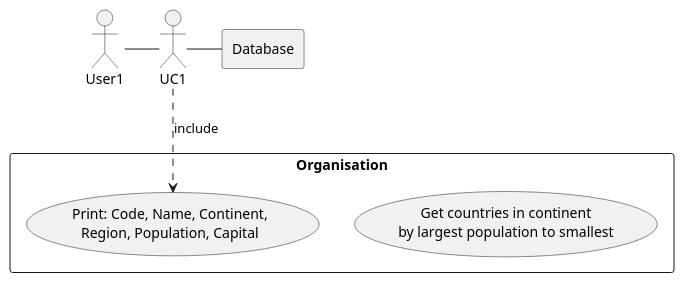
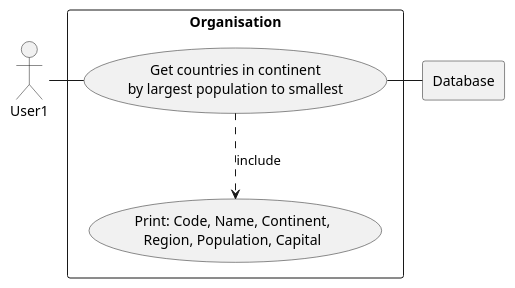
One commit to scan-lan/Group-Project changed the diagram in use-cases/use-case-1.2.puml. Above: the diagram before and after it, drawn with PlantUML. The commit also changed 1 other file, not shown here.

```diff
--- a/use-cases/use-case-1.2.puml
+++ b/use-cases/use-case-1.2.puml
@@ -1,19 +1,19 @@
 @startuml
 
 
 
 rectangle Database
 
 rectangle "Organisation" {
-    usecase UC as "Get countries in continent
+    usecase UC1 as "Get countries in continent
     by largest population to smallest"
 
     usecase UCa as "Print: Code, Name, Continent,
     Region, Population, Capital"
 }
     User1 - UC1
     UC1 ..> UCa : include
     UC1 - Database
 
 
 @enduml
```
